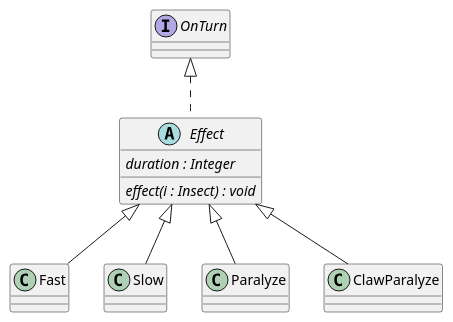
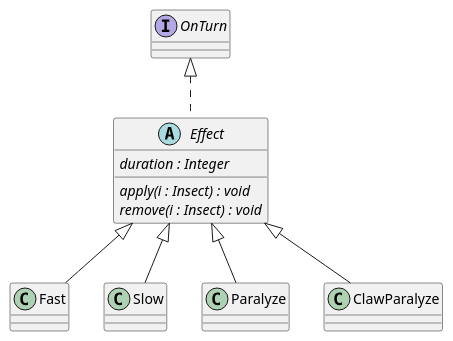
Before and after one commit to Petya-G/fungorium: the diagram in 4/classes/effect.puml, drawn with PlantUML. The commit also changed 3 other files, not shown here.

```diff
--- a/4/classes/effect.puml
+++ b/4/classes/effect.puml
@@ -1,13 +1,14 @@
 @startuml spore
 
 abstract class Effect implements OnTurn{
     {abstract} duration : Integer
-    {abstract} effect(i : Insect) : void
+    {abstract} apply(i : Insect) : void
+    {abstract} remove(i : Insect) : void
 }
 
 class Fast extends Effect {}
 class Slow extends Effect {}
 class Paralyze extends Effect {}
 class ClawParalyze extends Effect {}
 
 @enduml
```
